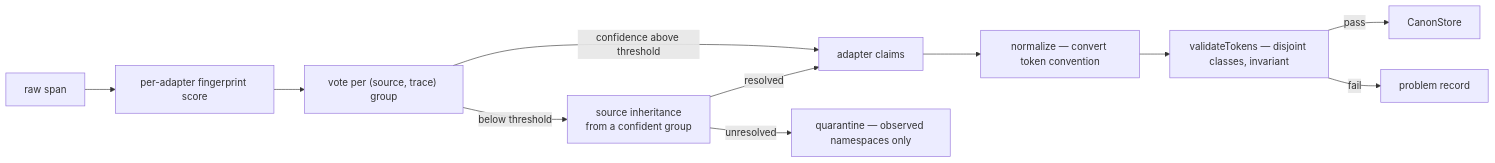
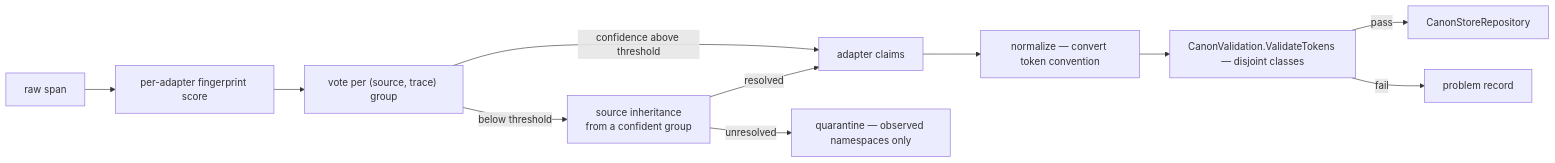
Before and after one commit to dpalfery/kyber-weave: the fifth of 5 diagrams in docs/dash/architecture.md, drawn with Mermaid. The commit also changed other lines of this file and 1207 other files, not shown here.

Commit message:
feat(dash): cut over KyberDash to Clean Architecture C# solution and retire legacy engine

````diff
--- a/docs/dash/architecture.md
+++ b/docs/dash/architecture.md
@@ -1382,13 +1086,13 @@
 ```mermaid
 flowchart LR
     RAW["raw span"] --> SCORE["per-adapter fingerprint score"]
     SCORE --> VOTE["vote per (source, trace) group"]
     VOTE -->|"confidence above threshold"| CLAIM["adapter claims"]
     VOTE -->|"below threshold"| INHERIT["source inheritance<br/>from a confident group"]
     INHERIT -->|"resolved"| CLAIM
     INHERIT -->|"unresolved"| QUAR["quarantine — observed namespaces only"]
     CLAIM --> NORM["normalize — convert token convention"]
-    NORM --> VAL["validateTokens — disjoint classes, invariant"]
-    VAL -->|"pass"| STORE["CanonStore"]
+    NORM --> VAL["CanonValidation.ValidateTokens — disjoint classes"]
+    VAL -->|"pass"| STORE["CanonStoreRepository"]
     VAL -->|"fail"| PROB["problem record"]
 ```
````
